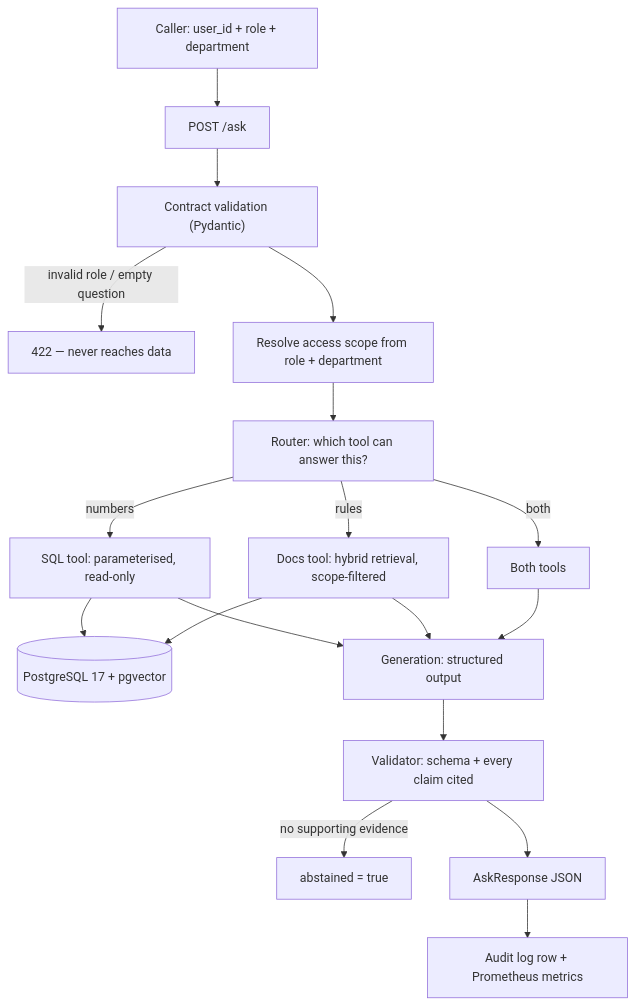
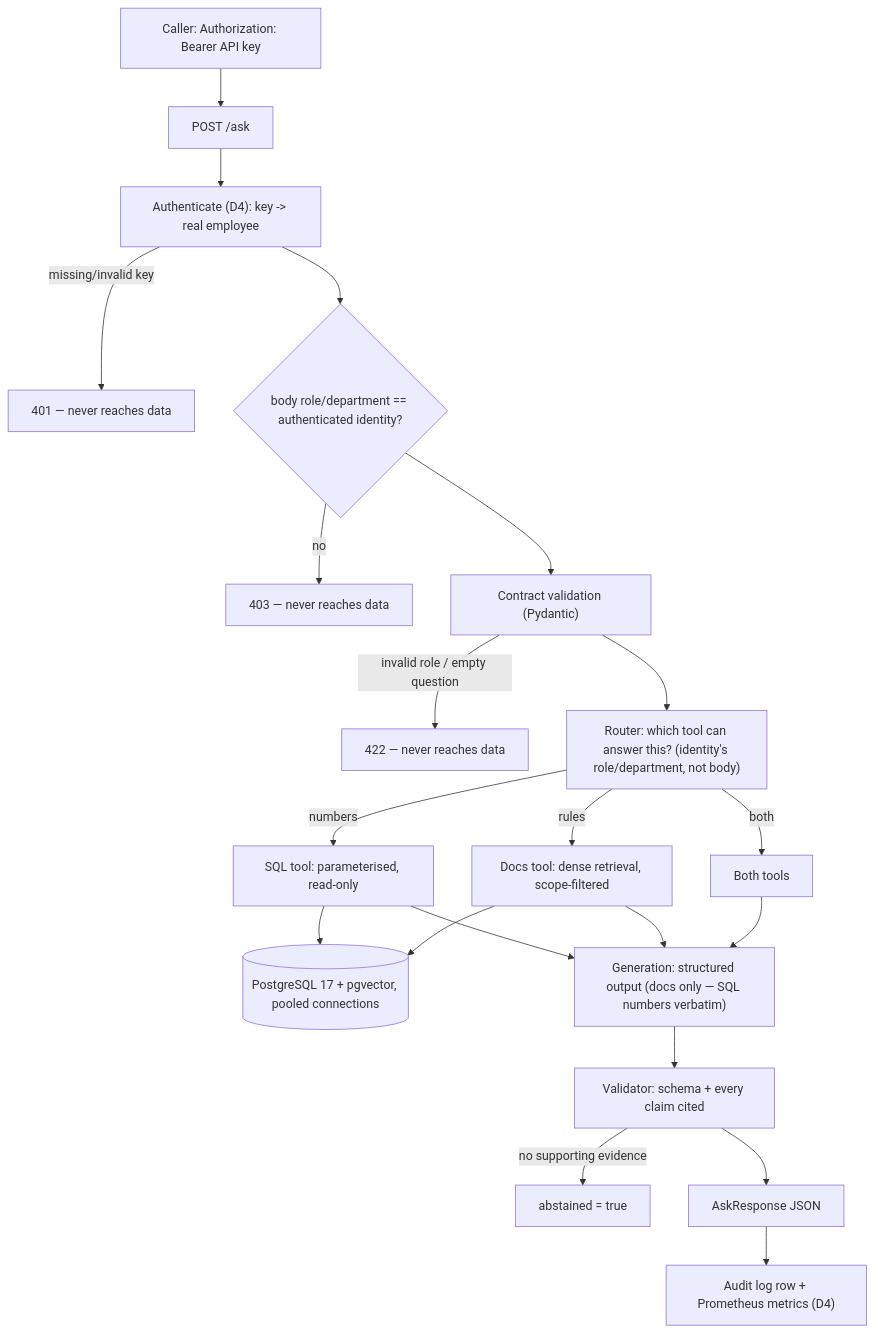
The diagram in docs/architecture.md (anhquan1111/enterprise-ai-decision-platform), drawn with Mermaid before and after one commit. The commit also changed other lines of this file and 14 other files, not shown here.

Commit message:
feat(eval): real token cost, fresh held-out set run once

````diff
--- a/docs/architecture.md
+++ b/docs/architecture.md
@@ -13,20 +13,23 @@
 ```mermaid
 flowchart TB
-    U["Caller: user_id + role + department"] --> API["POST /ask"]
-    API --> V["Contract validation (Pydantic)"]
+    U["Caller: Authorization: Bearer API key"] --> API["POST /ask"]
+    API --> AUTH["Authenticate (D4): key -> real employee"]
+    AUTH -->|"missing/invalid key"| R401["401 — never reaches data"]
+    AUTH --> MATCH{"body role/department == authenticated identity?"}
+    MATCH -->|no| R403["403 — never reaches data"]
+    MATCH --> V["Contract validation (Pydantic)"]
     V -->|"invalid role / empty question"| R422["422 — never reaches data"]
-    V --> SC["Resolve access scope from role + department"]
-    SC --> AG["Router: which tool can answer this?"]
+    V --> AG["Router: which tool can answer this? (identity's role/department, not body)"]
     AG -->|numbers| T1["SQL tool: parameterised, read-only"]
-    AG -->|rules| T2["Docs tool: hybrid retrieval, scope-filtered"]
+    AG -->|rules| T2["Docs tool: dense retrieval, scope-filtered"]
     AG -->|both| T3["Both tools"]
-    T1 --> DB[("PostgreSQL 17 + pgvector")]
+    T1 --> DB[("PostgreSQL 17 + pgvector, pooled connections")]
     T2 --> DB
-    T1 --> GEN["Generation: structured output"]
+    T1 --> GEN["Generation: structured output (docs only — SQL numbers verbatim)"]
     T2 --> GEN
     T3 --> GEN
     GEN --> VAL["Validator: schema + every claim cited"]
     VAL -->|"no supporting evidence"| ABS["abstained = true"]
     VAL --> OUT["AskResponse JSON"]
-    OUT --> AUD["Audit log row + Prometheus metrics"]
+    OUT --> AUD["Audit log row + Prometheus metrics (D4)"]
 ```
````
